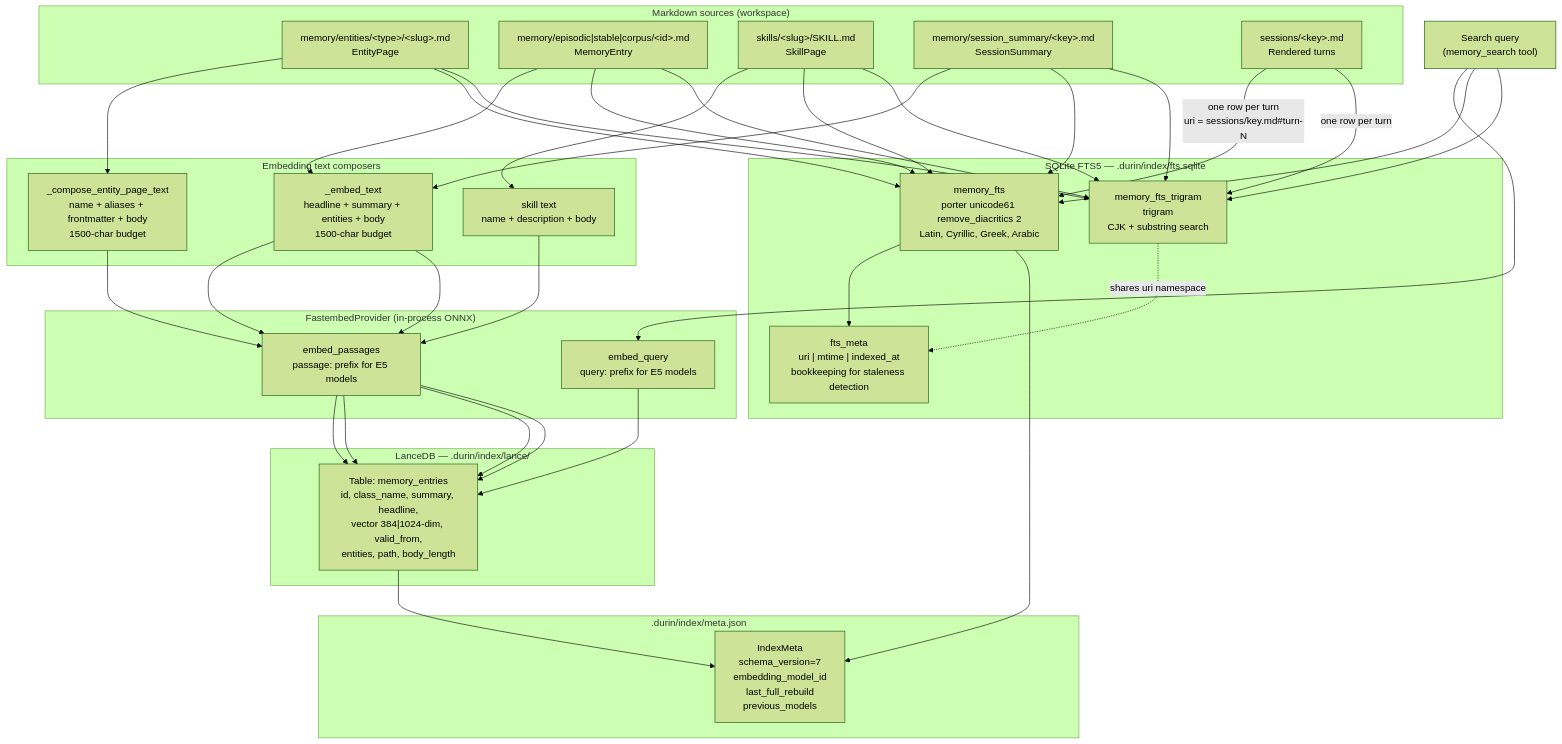
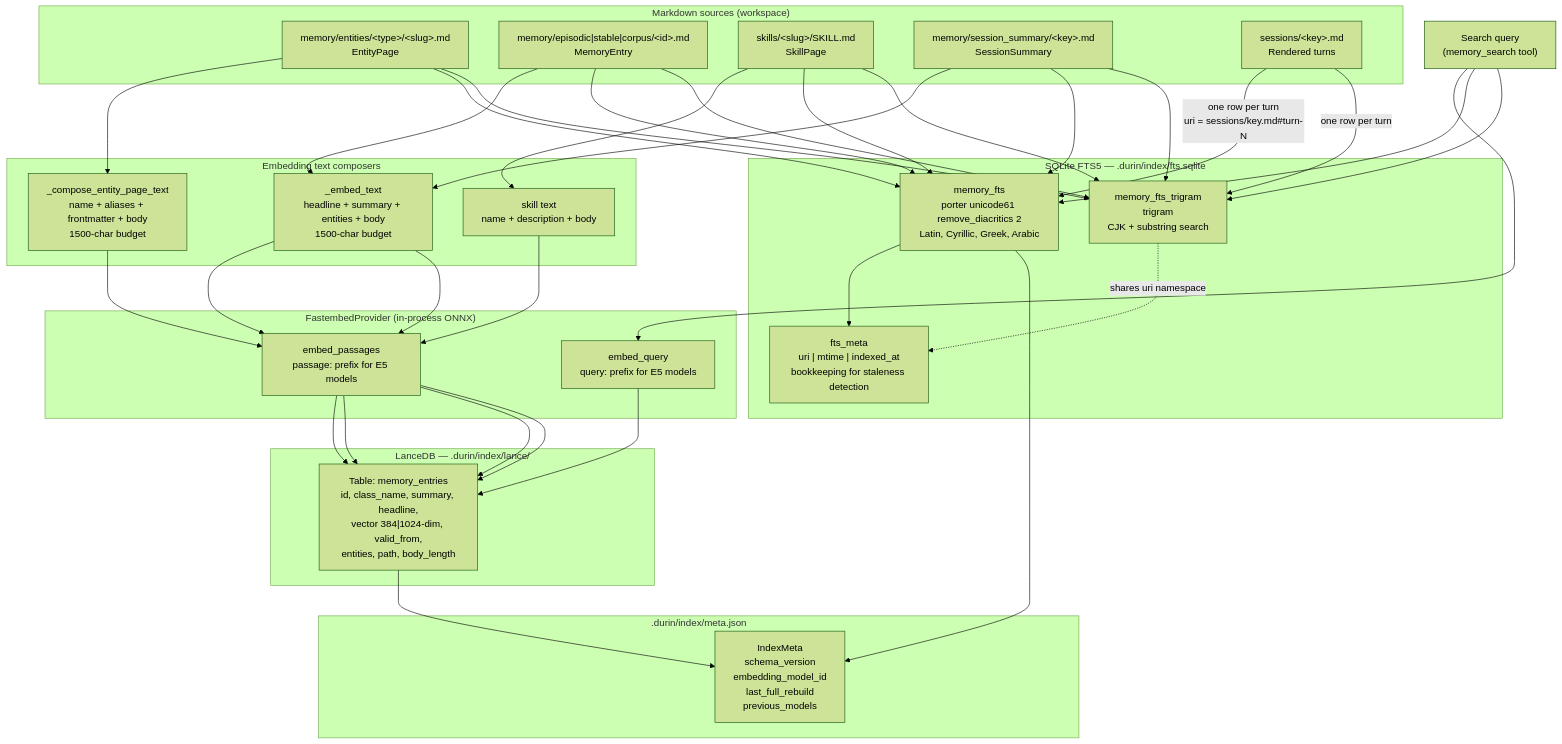
Before and after one commit to mmarmol/durin: the diagram in docs/internals/memory/02_indexing.md, drawn with Mermaid (forest theme). The commit also changed other lines of this file and 31 other files, not shown here.

````diff
--- a/docs/internals/memory/02_indexing.md
+++ b/docs/internals/memory/02_indexing.md
@@ -21,60 +21,60 @@
 ```mermaid
 flowchart TD
     subgraph Sources["Markdown sources (workspace)"]
         EP["memory/entities/&lt;type&gt;/&lt;slug&gt;.md\nEntityPage"]
         ME["memory/episodic|stable|corpus/&lt;id&gt;.md\nMemoryEntry"]
         SK["skills/&lt;slug&gt;/SKILL.md\nSkillPage"]
         SS["memory/session_summary/&lt;key&gt;.md\nSessionSummary"]
         ST["sessions/&lt;key&gt;.md\nRendered turns"]
     end
 
     subgraph Composer["Embedding text composers"]
         CE["_compose_entity_page_text\nname + aliases + frontmatter + body\n1500-char budget"]
         ME2["_embed_text\nheadline + summary + entities + body\n1500-char budget"]
         SK2["skill text\nname + description + body"]
     end
 
     subgraph Embed["FastembedProvider (in-process ONNX)"]
         EP2["embed_passages\npassage: prefix for E5 models"]
         EQ["embed_query\nquery: prefix for E5 models"]
     end
 
     subgraph Vector["LanceDB — .durin/index/lance/"]
         VT["Table: memory_entries\nid, class_name, summary, headline,\nvector 384|1024-dim, valid_from,\nentities, path, body_length"]
     end
 
     subgraph FTS["SQLite FTS5 — .durin/index/fts.sqlite"]
         FT1["memory_fts\nporter unicode61 remove_diacritics 2\nLatin, Cyrillic, Greek, Arabic"]
         FT2["memory_fts_trigram\ntrigram\nCJK + substring search"]
         FM["fts_meta\nuri | mtime | indexed_at\nbookkeeping for staleness detection"]
     end
 
     subgraph Meta[".durin/index/meta.json"]
-        MJ["IndexMeta\nschema_version=7\nembedding_model_id\nlast_full_rebuild\nprevious_models"]
+        MJ["IndexMeta\nschema_version\nembedding_model_id\nlast_full_rebuild\nprevious_models"]
     end
 
     EP --> CE --> EP2 --> VT
     ME --> ME2 --> EP2 --> VT
     SK --> SK2 --> EP2 --> VT
     SS --> ME2 --> EP2 --> VT
 
     EP --> FT1
     EP --> FT2
     ME --> FT1
     ME --> FT2
     SK --> FT1
     SK --> FT2
     SS --> FT1
     SS --> FT2
     ST -->|"one row per turn\nuri = sessions/key.md#turn-N"| FT1
     ST -->|"one row per turn"| FT2
     FT1 --> FM
     FT2 -.->|"shares uri namespace"| FM
 
     VT --> MJ
     FT1 --> MJ
 
     Query["Search query\n(memory_search tool)"] --> EQ --> VT
     Query --> FT1
     Query --> FT2
 ```
````
